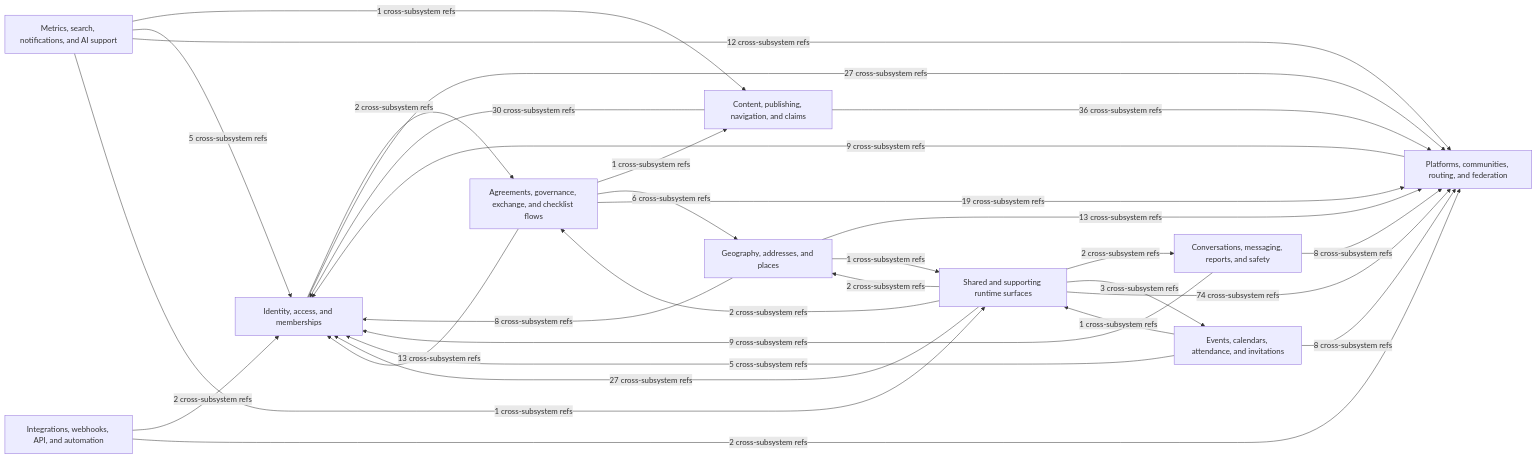
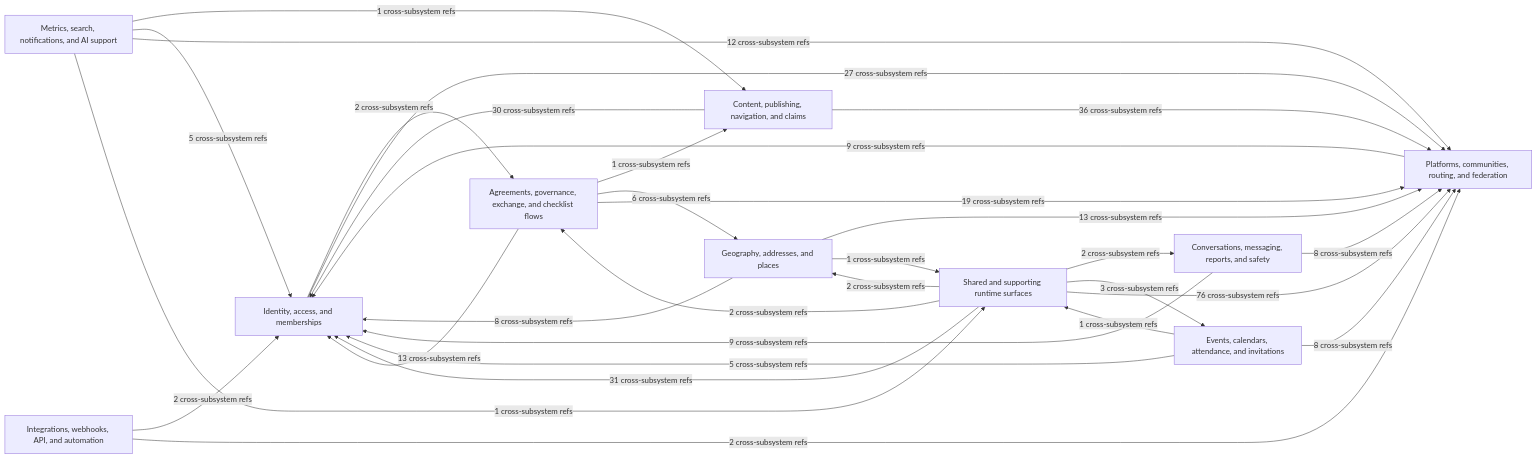
One commit to better-together-org/community-engine-rails changed the diagram in docs/diagrams/source/ce_subsystem_interaction_map.mmd. Above: the diagram before and after it, drawn with Mermaid. The commit also changed 53 other files, not shown here.

```diff
--- a/docs/diagrams/source/ce_subsystem_interaction_map.mmd
+++ b/docs/diagrams/source/ce_subsystem_interaction_map.mmd
@@ -1,42 +1,42 @@
 %% Generated by scripts/export_subsystem_diagrams.rb
 flowchart LR
   identity_access["Identity, access, and memberships"]
   platform_network["Platforms, communities, routing, and federation"]
   content_publishing["Content, publishing, navigation, and claims"]
   geography_and_places["Geography, addresses, and places"]
   events_calendar["Events, calendars, attendance, and invitations"]
   conversations_safety["Conversations, messaging, reports, and safety"]
   exchange_governance["Agreements, governance, exchange, and checklist flows"]
   metrics_search_ai["Metrics, search, notifications, and AI support"]
   integrations_webhooks["Integrations, webhooks, API, and automation"]
   shared_supporting["Shared and supporting runtime surfaces"]
 
   content_publishing -->|30 cross-subsystem refs| identity_access
   content_publishing -->|36 cross-subsystem refs| platform_network
   conversations_safety -->|9 cross-subsystem refs| identity_access
   conversations_safety -->|8 cross-subsystem refs| platform_network
   events_calendar -->|5 cross-subsystem refs| identity_access
   events_calendar -->|8 cross-subsystem refs| platform_network
   events_calendar -->|1 cross-subsystem refs| shared_supporting
   exchange_governance -->|1 cross-subsystem refs| content_publishing
   exchange_governance -->|6 cross-subsystem refs| geography_and_places
   exchange_governance -->|13 cross-subsystem refs| identity_access
   exchange_governance -->|19 cross-subsystem refs| platform_network
   geography_and_places -->|8 cross-subsystem refs| identity_access
   geography_and_places -->|13 cross-subsystem refs| platform_network
   geography_and_places -->|1 cross-subsystem refs| shared_supporting
   identity_access -->|2 cross-subsystem refs| exchange_governance
   identity_access -->|27 cross-subsystem refs| platform_network
   integrations_webhooks -->|2 cross-subsystem refs| identity_access
   integrations_webhooks -->|2 cross-subsystem refs| platform_network
   metrics_search_ai -->|1 cross-subsystem refs| content_publishing
   metrics_search_ai -->|5 cross-subsystem refs| identity_access
   metrics_search_ai -->|12 cross-subsystem refs| platform_network
   metrics_search_ai -->|1 cross-subsystem refs| shared_supporting
   platform_network -->|9 cross-subsystem refs| identity_access
   shared_supporting -->|2 cross-subsystem refs| conversations_safety
   shared_supporting -->|3 cross-subsystem refs| events_calendar
   shared_supporting -->|2 cross-subsystem refs| exchange_governance
   shared_supporting -->|2 cross-subsystem refs| geography_and_places
-  shared_supporting -->|27 cross-subsystem refs| identity_access
-  shared_supporting -->|74 cross-subsystem refs| platform_network
+  shared_supporting -->|31 cross-subsystem refs| identity_access
+  shared_supporting -->|76 cross-subsystem refs| platform_network
```
